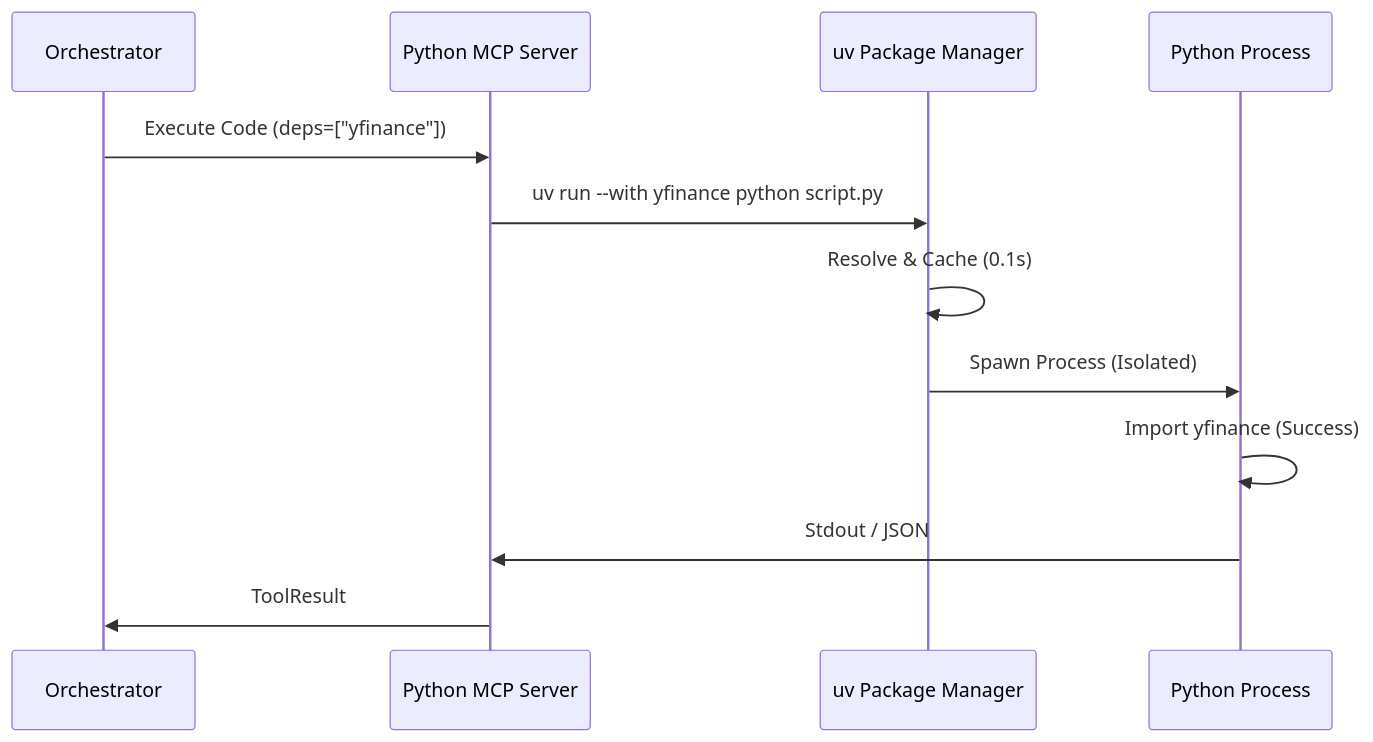
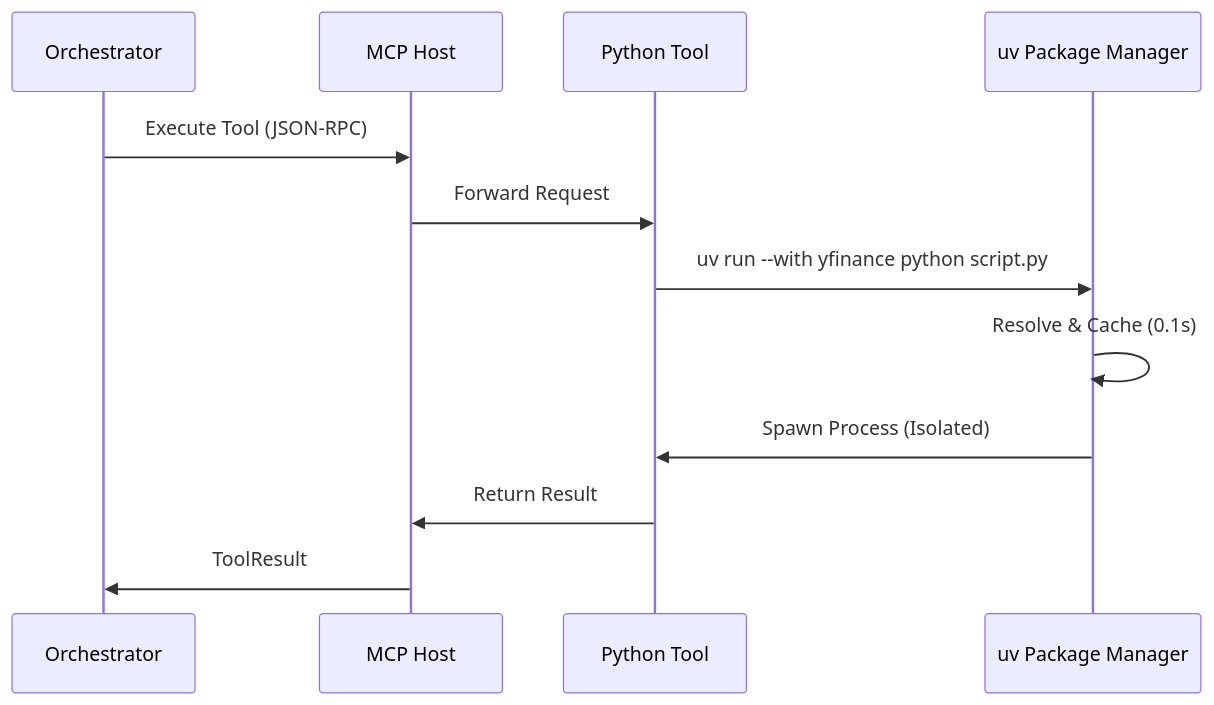
One commit to azzindani/Kea changed the sixth of 6 diagrams in README.md. Above: the diagram before and after it, drawn with Mermaid. The commit also changed other lines of this file and 49 other files, not shown here.

Commit message:
feat: Add initial core components and structure for orchestrator, vault, RAG, swarm manager, chronos, and MCP host services, including shared utilities.

````diff
--- a/README.md
+++ b/README.md
@@ -650,15 +760,15 @@
 ```mermaid
 sequenceDiagram
     participant Planner as Orchestrator
-    participant Server as Python MCP Server
+    participant Host as MCP Host
+    participant Server as Python Tool
     participant UV as uv Package Manager
-    participant Py as Python Process
 
-    Planner->>Server: Execute Code (deps=["yfinance"])
+    Planner->>Host: Execute Tool (JSON-RPC)
+    Host->>Server: Forward Request
     Server->>UV: uv run --with yfinance python script.py
     UV->>UV: Resolve & Cache (0.1s)
-    UV->>Py: Spawn Process (Isolated)
-    Py->>Py: Import yfinance (Success)
-    Py->>Server: Stdout / JSON
-    Server->>Planner: ToolResult
+    UV->>Server: Spawn Process (Isolated)
+    Server->>Host: Return Result
+    Host->>Planner: ToolResult
 ```
````
